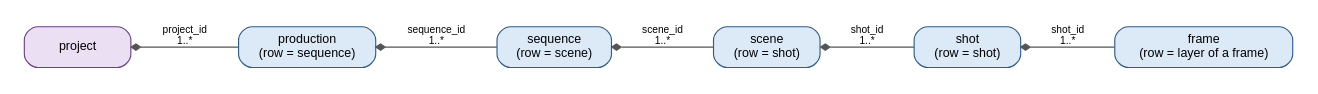
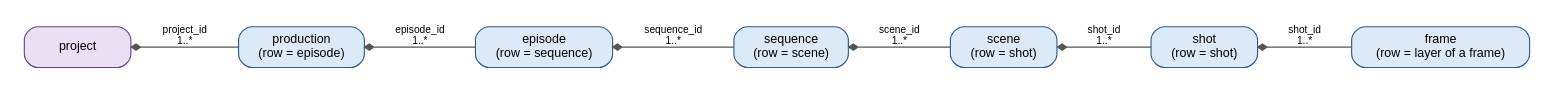
Before and after one commit to magic-lantern-workbench/mlw-platform: the diagram in doc/generator/diagrams/overview.dot, drawn with Graphviz. The commit also changed 21 other files, not shown here.

```diff
--- a/doc/generator/diagrams/overview.dot
+++ b/doc/generator/diagrams/overview.dot
@@ -1,14 +1,16 @@
 digraph G { graph [rankdir=LR, fontname="Helvetica", nodesep=0.45, ranksep=0.7, pad=0.2]; node [shape=box, style="rounded,filled", fontname="Helvetica", fontsize=11, margin="0.15,0.08"]; edge [fontname="Helvetica", fontsize=9, color="#555555", arrowsize=0.7];
  node [width=1.3]
  project [label="project", fillcolor="#EBE0F3", color="#6B3F8C"]
- production [label="production\n(row = sequence)", fillcolor="#DCE9F7", color="#2F5C8F"]
+ production [label="production\n(row = episode)", fillcolor="#DCE9F7", color="#2F5C8F"]
+ episode [label="episode\n(row = sequence)", fillcolor="#DCE9F7", color="#2F5C8F"]
  sequence [label="sequence\n(row = scene)", fillcolor="#DCE9F7", color="#2F5C8F"]
  scene [label="scene\n(row = shot)", fillcolor="#DCE9F7", color="#2F5C8F"]
  shot [label="shot\n(row = shot)", fillcolor="#DCE9F7", color="#2F5C8F"]
  frame [label="frame\n(row = layer of a frame)", fillcolor="#DCE9F7", color="#2F5C8F"]
  project -> production [label="project_id\n1..*", dir=back, arrowtail=diamond, arrowhead=none]
- production -> sequence [label="sequence_id\n1..*", dir=back, arrowtail=diamond, arrowhead=none]
+ production -> episode [label="episode_id\n1..*", dir=back, arrowtail=diamond, arrowhead=none]
+ episode -> sequence [label="sequence_id\n1..*", dir=back, arrowtail=diamond, arrowhead=none]
  sequence -> scene [label="scene_id\n1..*", dir=back, arrowtail=diamond, arrowhead=none]
  scene -> shot [label="shot_id\n1..*", dir=back, arrowtail=diamond, arrowhead=none]
  shot -> frame [label="shot_id\n1..*", dir=back, arrowtail=diamond, arrowhead=none]
 }
```
